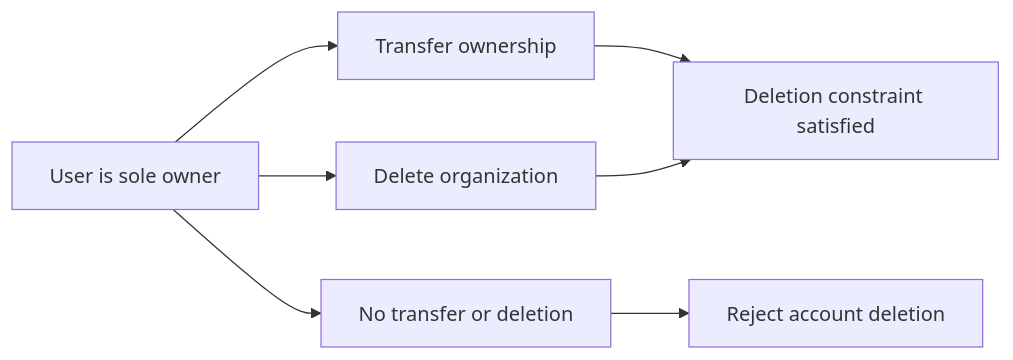
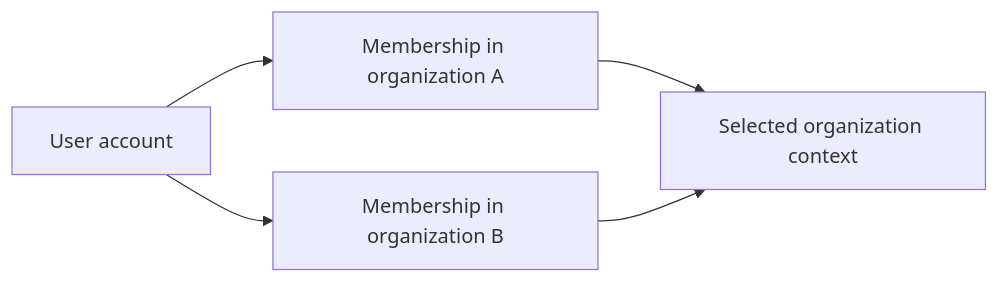
One commit to wrtnlabs/autobe-examples changed the sixth of 24 diagrams in openai/gpt-5.4-mini/erp/docs/analysis/04-business-rules.md. Above: the diagram before and after it, drawn with Mermaid. The commit also changed other lines of this file and 9017 other files, not shown here.

````diff
--- a/openai/gpt-5.4-mini/erp/docs/analysis/04-business-rules.md
+++ b/openai/gpt-5.4-mini/erp/docs/analysis/04-business-rules.md
@@ -154,9 +213,7 @@
 ```mermaid
 flowchart LR
-    A["User is sole owner"] --> B["Transfer ownership"]
-    A --> C["Delete organization"]
-    B --> D["Deletion constraint satisfied"]
+    A["User account"] --> B["Membership in organization A"]
+    A --> C["Membership in organization B"]
+    B --> D["Selected organization context"]
     C --> D
-    A --> E["No transfer or deletion"]
-    E --> F["Reject account deletion"]
 ```
````
